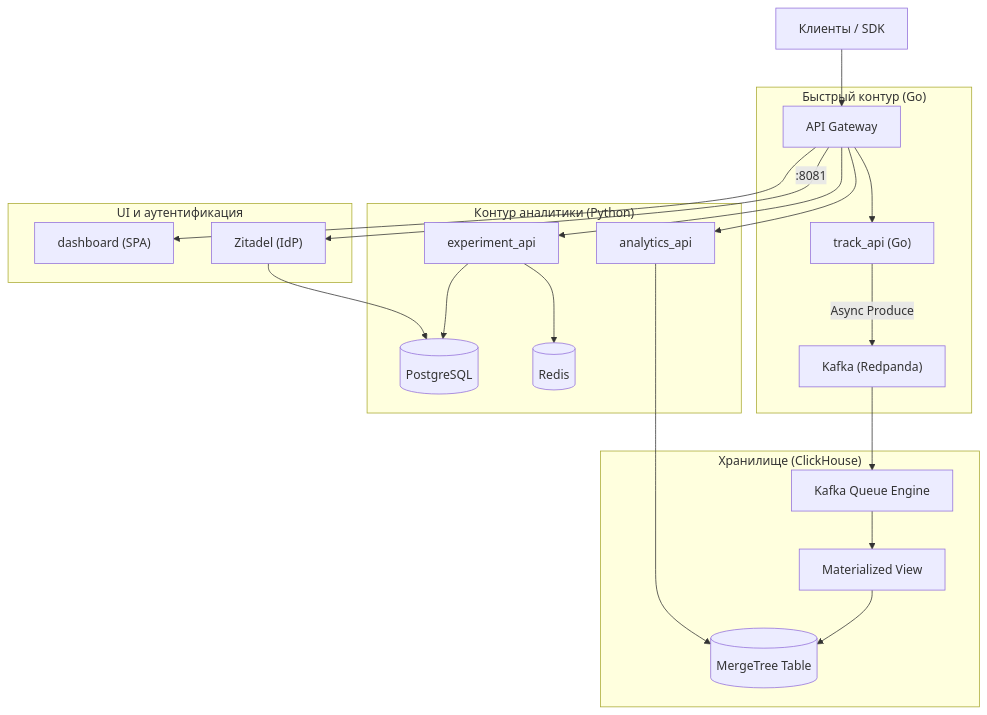
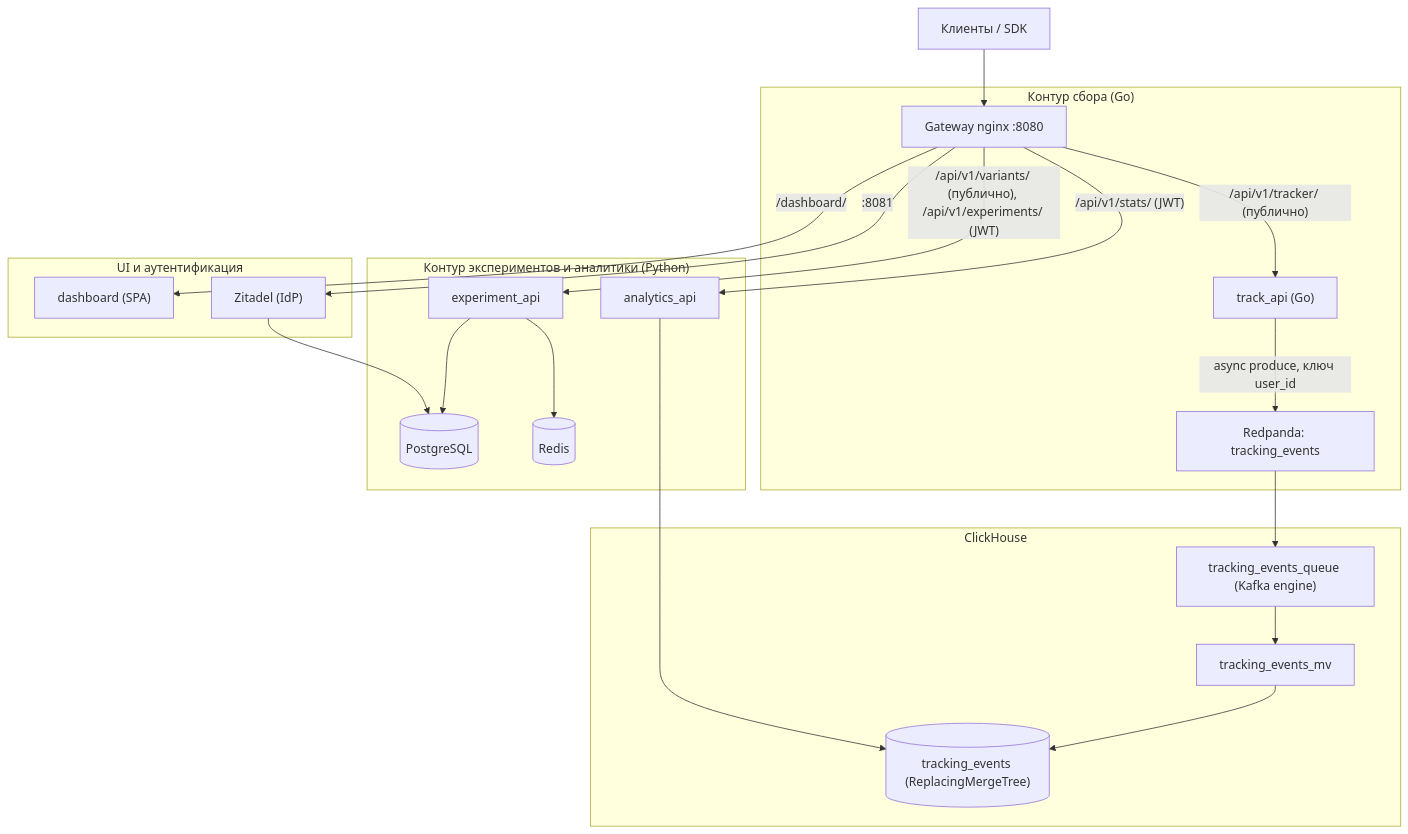
Before and after one commit to Kebiproger/synaqcore: the diagram in docs/SYSTEM_DESIGN.md, drawn with Mermaid. The commit also changed other lines of this file and 8 other files, not shown here.

````diff
--- a/docs/SYSTEM_DESIGN.md
+++ b/docs/SYSTEM_DESIGN.md
@@ -13,29 +18,29 @@
 ```mermaid
 flowchart TD
-    Clients["Клиенты / SDK"] --> GW["API Gateway"]
-    
-    subgraph FastPath["Быстрый контур (Go)"]
-        GW --> TRACK["track_api (Go)"]
-        TRACK -->|Async Produce| KAFKA["Kafka (Redpanda)"]
+    Clients["Клиенты / SDK"] --> GW["Gateway nginx :8080"]
+
+    subgraph FastPath["Контур сбора (Go)"]
+        GW -->|"/api/v1/tracker/ (публично)"| TRACK["track_api (Go)"]
+        TRACK -->|"async produce, ключ user_id"| KAFKA["Redpanda: tracking_events"]
     end
 
-    subgraph Storage["Хранилище (ClickHouse)"]
-        KAFKA --> CK_Q["Kafka Queue Engine"]
-        CK_Q --> CK_MV["Materialized View"]
-        CK_MV --> CK_T[("MergeTree Table")]
+    subgraph Storage["ClickHouse"]
+        KAFKA --> CK_Q["tracking_events_queue (Kafka engine)"]
+        CK_Q --> CK_MV["tracking_events_mv"]
+        CK_MV --> CK_T[("tracking_events (ReplacingMergeTree)")]
     end
 
-    subgraph AnalyticsPath["Контур аналитики (Python)"]
-        GW --> EXP["experiment_api"]
+    subgraph AppPath["Контур экспериментов и аналитики (Python)"]
+        GW -->|"/api/v1/variants/ (публично), /api/v1/experiments/ (JWT)"| EXP["experiment_api"]
         EXP --> DB[(PostgreSQL)]
         EXP --> CACHE[(Redis)]
-        GW --> ANALYTICS["analytics_api"]
+        GW -->|"/api/v1/stats/ (JWT)"| ANALYTICS["analytics_api"]
         ANALYTICS --> CK_T
     end
 
     subgraph UI["UI и аутентификация"]
-        GW --> DASH["dashboard (SPA)"]
+        GW -->|"/dashboard/"| DASH["dashboard (SPA)"]
         GW -->|":8081"| IDP["Zitadel (IdP)"]
         IDP --> DB
     end
 ```
````
